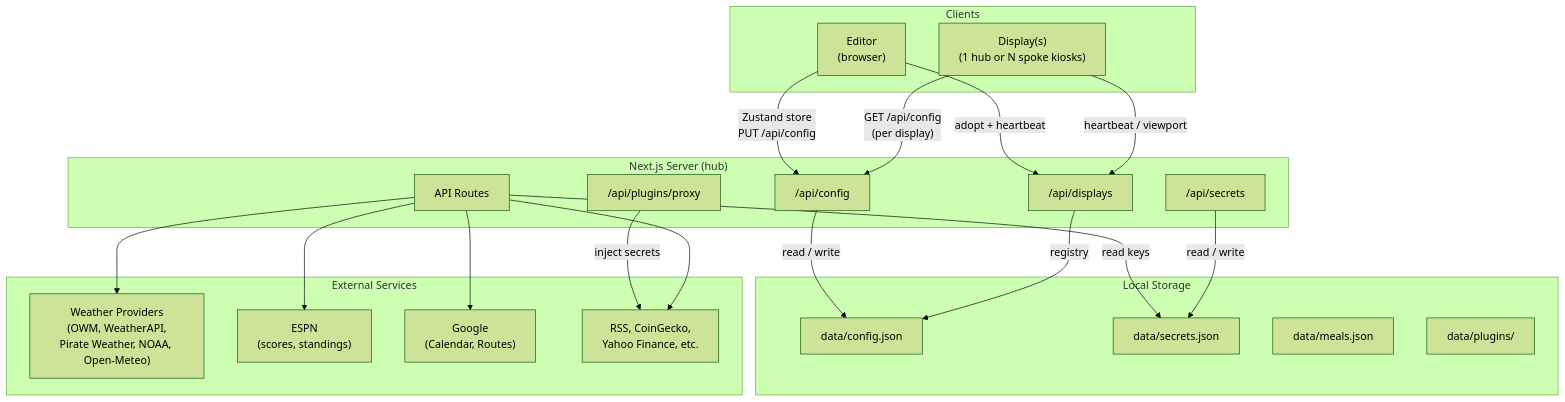
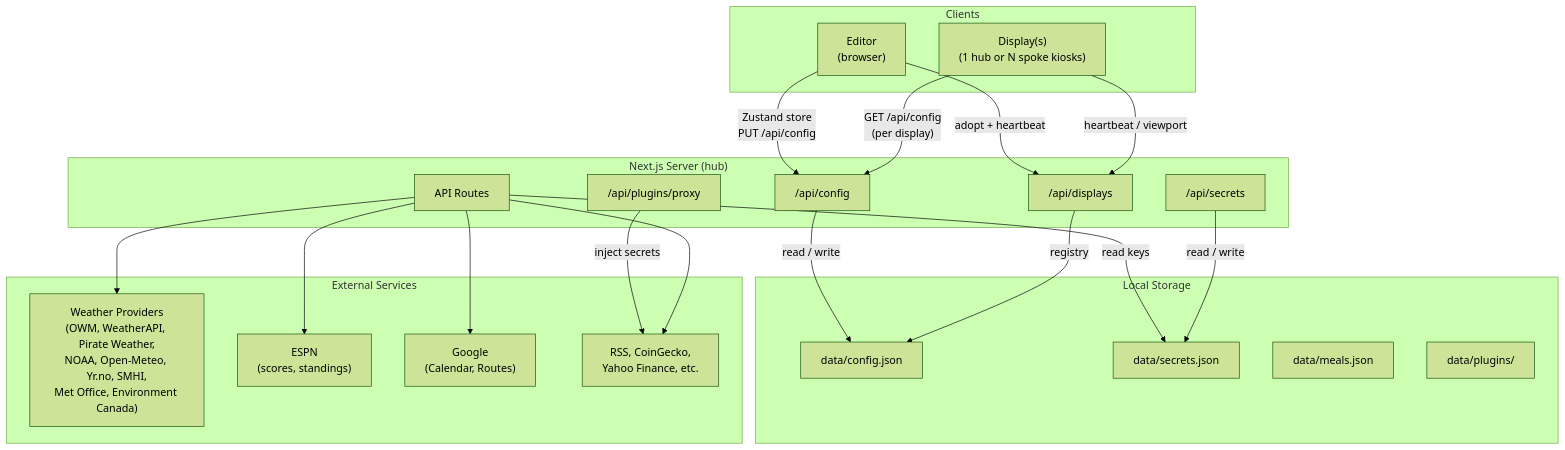
The diagram in README.md (home-screens/home-screens), drawn with Mermaid (forest theme) before and after one commit. The commit also changed other lines of this file and 4 other files, not shown here.

````diff
--- a/README.md
+++ b/README.md
@@ -239,43 +239,43 @@
 ```mermaid
 graph TB
     subgraph Clients
         Editor["Editor<br/>(browser)"]
         Display["Display(s)<br/>(1 hub or N spoke kiosks)"]
     end
 
     subgraph "Next.js Server (hub)"
         API["API Routes"]
         ConfigAPI["/api/config"]
         DisplaysAPI["/api/displays"]
         SecretsAPI["/api/secrets"]
         PluginProxy["/api/plugins/proxy"]
     end
 
     subgraph "Local Storage"
         Config["data/config.json"]
         Secrets["data/secrets.json"]
         Meals["data/meals.json"]
         Plugins["data/plugins/"]
     end
 
     subgraph "External Services"
-        Weather["Weather Providers<br/>(OWM, WeatherAPI,<br/>Pirate Weather, NOAA, Open-Meteo)"]
+        Weather["Weather Providers<br/>(OWM, WeatherAPI, Pirate Weather,<br/>NOAA, Open-Meteo, Yr.no, SMHI,<br/>Met Office, Environment Canada)"]
         ESPN["ESPN<br/>(scores, standings)"]
         Google["Google<br/>(Calendar, Routes)"]
         Other["RSS, CoinGecko,<br/>Yahoo Finance, etc."]
     end
 
     Editor -- "Zustand store<br/>PUT /api/config" --> ConfigAPI
     Editor -- "adopt + heartbeat" --> DisplaysAPI
     ConfigAPI -- "read / write" --> Config
     Display -- "GET /api/config<br/>(per display)" --> ConfigAPI
     Display -- "heartbeat / viewport" --> DisplaysAPI
     DisplaysAPI -- "registry" --> Config
     API -- "read keys" --> Secrets
     SecretsAPI -- "read / write" --> Secrets
     PluginProxy -- "inject secrets" --> Other
     API --> Weather
     API --> ESPN
     API --> Google
     API --> Other
 ```
````
